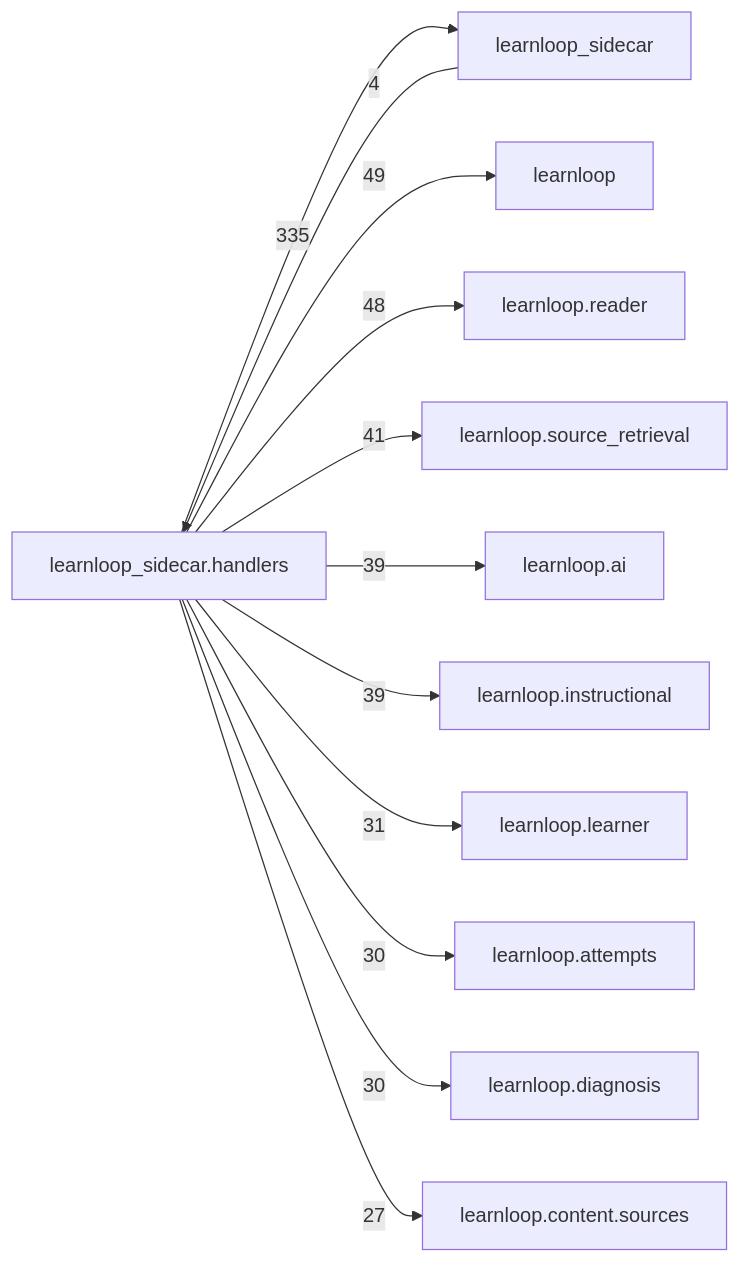
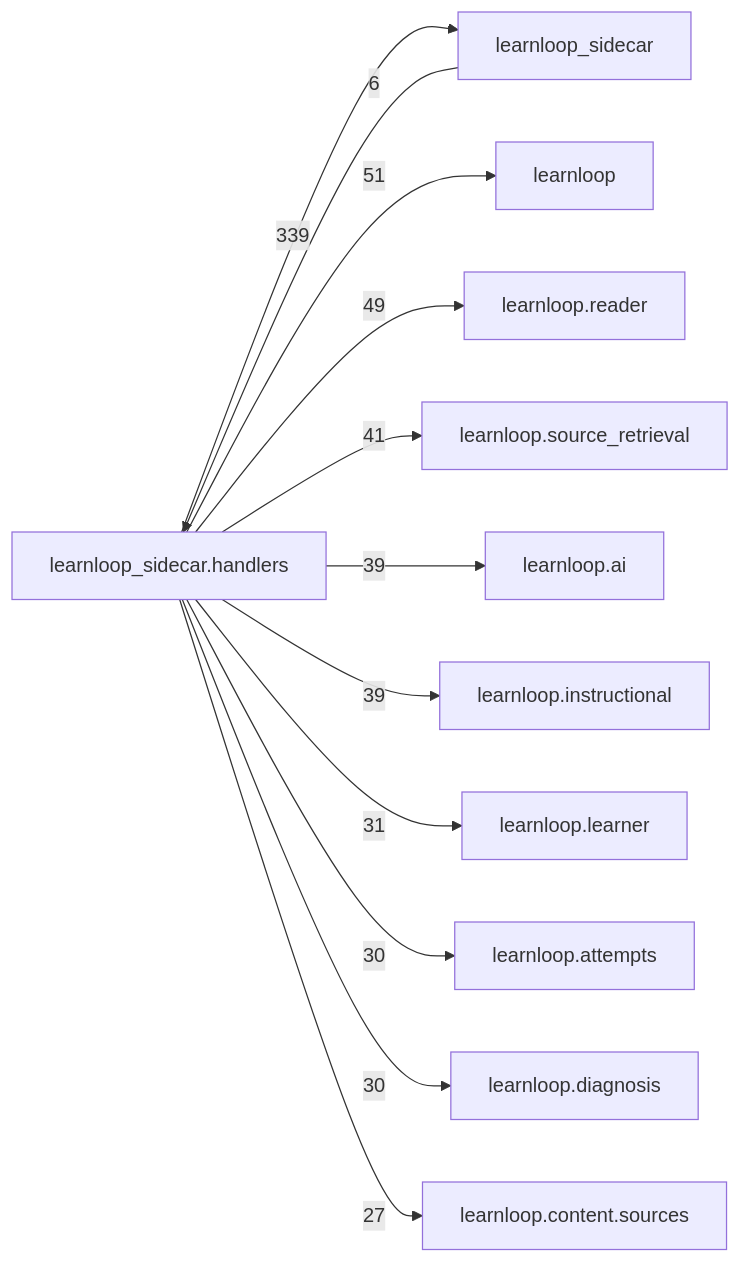
The diagram in docs/learnloop-architecture-vault/Reference/Modules/learnloop_sidecar/handlers/_package.md (6up-b/learnanything), drawn with Mermaid before and after one commit. The commit also changed other lines of this file and 44 other files, not shown here.

````diff
--- a/docs/learnloop-architecture-vault/Reference/Modules/learnloop_sidecar/handlers/_package.md
+++ b/docs/learnloop-architecture-vault/Reference/Modules/learnloop_sidecar/handlers/_package.md
@@ -269,25 +269,25 @@
 ```mermaid
 flowchart LR
     center["learnloop_sidecar.handlers"]
     n_learnloop_sidecar["learnloop_sidecar"]
     n_learnloop["learnloop"]
     n_learnloop_reader["learnloop.reader"]
     n_learnloop_source_retrieval["learnloop.source_retrieval"]
     n_learnloop_ai["learnloop.ai"]
     n_learnloop_instructional["learnloop.instructional"]
     n_learnloop_learner["learnloop.learner"]
     n_learnloop_attempts["learnloop.attempts"]
     n_learnloop_diagnosis["learnloop.diagnosis"]
     n_learnloop_content_sources["learnloop.content.sources"]
-    n_learnloop_sidecar -->|4| center
-    center -->|335| n_learnloop_sidecar
-    center -->|49| n_learnloop
-    center -->|48| n_learnloop_reader
+    n_learnloop_sidecar -->|6| center
+    center -->|339| n_learnloop_sidecar
+    center -->|51| n_learnloop
+    center -->|49| n_learnloop_reader
     center -->|41| n_learnloop_source_retrieval
     center -->|39| n_learnloop_ai
     center -->|39| n_learnloop_instructional
     center -->|31| n_learnloop_learner
     center -->|30| n_learnloop_attempts
     center -->|30| n_learnloop_diagnosis
     center -->|27| n_learnloop_content_sources
 ```
````
